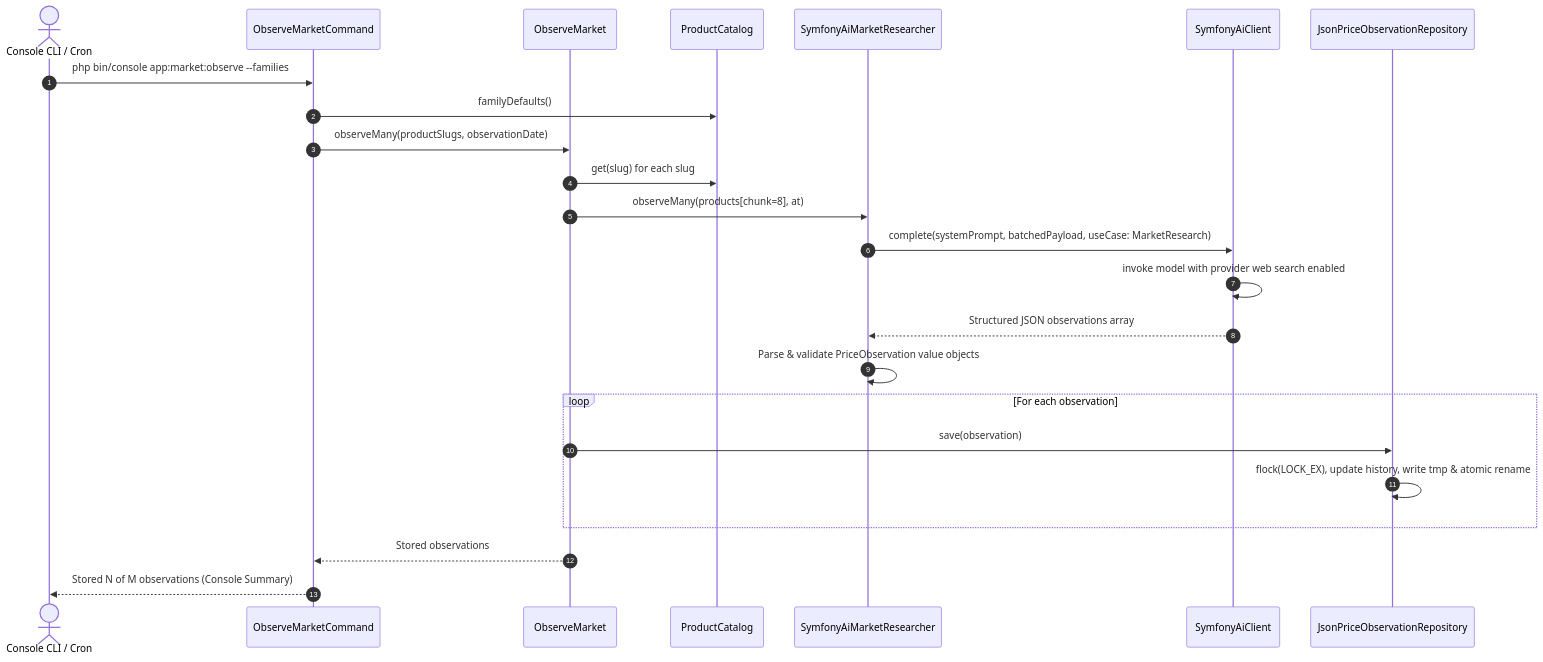
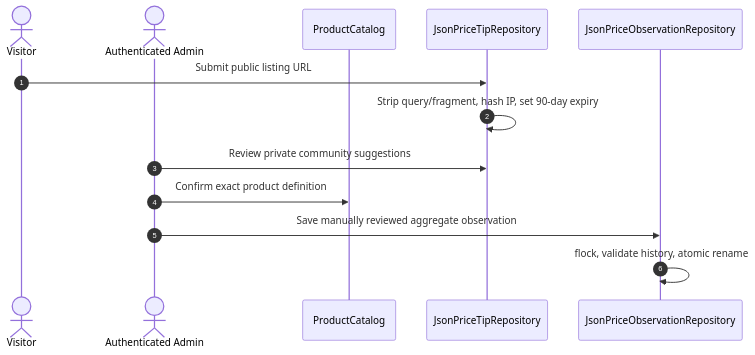
The third of 3 diagrams in ARCHITECTURE.md (bahdanhal/landing), drawn with Mermaid before and after one commit. The commit also changed other lines of this file and 89 other files, not shown here.

````diff
--- a/ARCHITECTURE.md
+++ b/ARCHITECTURE.md
@@ -172,27 +170,16 @@
 ```mermaid
 sequenceDiagram
     autonumber
-    actor AdminCLI as Console CLI / Cron
-    participant Command as ObserveMarketCommand
-    participant UseCase as ObserveMarket
+    actor Visitor
+    actor Bahdan as Authenticated Admin
     participant Catalog as ProductCatalog
-    participant Researcher as SymfonyAiMarketResearcher
-    participant AIPlatform as SymfonyAiClient
+    participant Tips as JsonPriceTipRepository
     participant Repository as JsonPriceObservationRepository
 
-    AdminCLI->>Command: php bin/console app:market:observe --families
-    Command->>Catalog: familyDefaults()
-    Command->>UseCase: observeMany(productSlugs, observationDate)
-    UseCase->>Catalog: get(slug) for each slug
-    UseCase->>Researcher: observeMany(products[chunk=8], at)
-    Researcher->>AIPlatform: complete(systemPrompt, batchedPayload, useCase: MarketResearch)
-    AIPlatform->>AIPlatform: invoke model with provider web search enabled
-    AIPlatform-->>Researcher: Structured JSON observations array
-    Researcher->>Researcher: Parse & validate PriceObservation value objects
-    loop For each observation
-        UseCase->>Repository: save(observation)
-        Repository->>Repository: flock(LOCK_EX), update history, write tmp & atomic rename
-    end
-    UseCase-->>Command: Stored observations
-    Command-->>AdminCLI: Stored N of M observations (Console Summary)
+    Visitor->>Tips: Submit public listing URL
+    Tips->>Tips: Strip query/fragment, hash IP, set 90-day expiry
+    Bahdan->>Tips: Review private community suggestions
+    Bahdan->>Catalog: Confirm exact product definition
+    Bahdan->>Repository: Save manually reviewed aggregate observation
+    Repository->>Repository: flock, validate history, atomic rename
 ```
````
